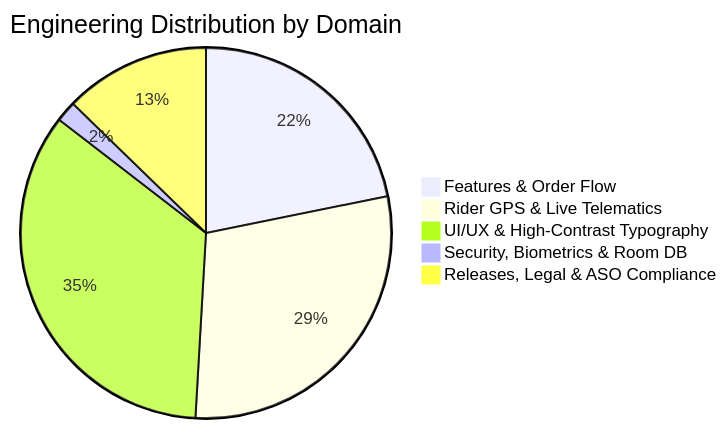
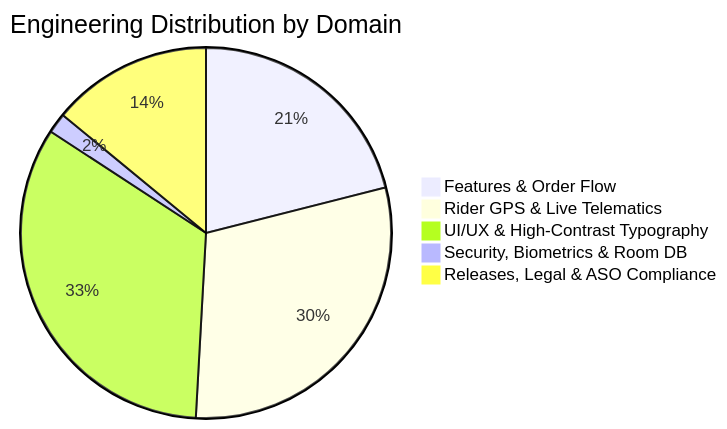
The second of 2 diagrams in README.md (daniyal44/Zyphuel-App), drawn with Mermaid before and after one commit. The commit also changed other lines of this file, not shown here.

Commit message:
chore(dashboard): auto-update code-based engineering velocity graph [skip ci]

````diff
--- a/README.md
+++ b/README.md
@@ -60,8 +60,8 @@
 ```mermaid
 pie title Engineering Distribution by Domain
     "Features & Order Flow" : 12
-    "Rider GPS & Live Telematics" : 16
+    "Rider GPS & Live Telematics" : 17
     "UI/UX & High-Contrast Typography" : 19
     "Security, Biometrics & Room DB" : 1
-    "Releases, Legal & ASO Compliance" : 7
+    "Releases, Legal & ASO Compliance" : 8
 ```
````
